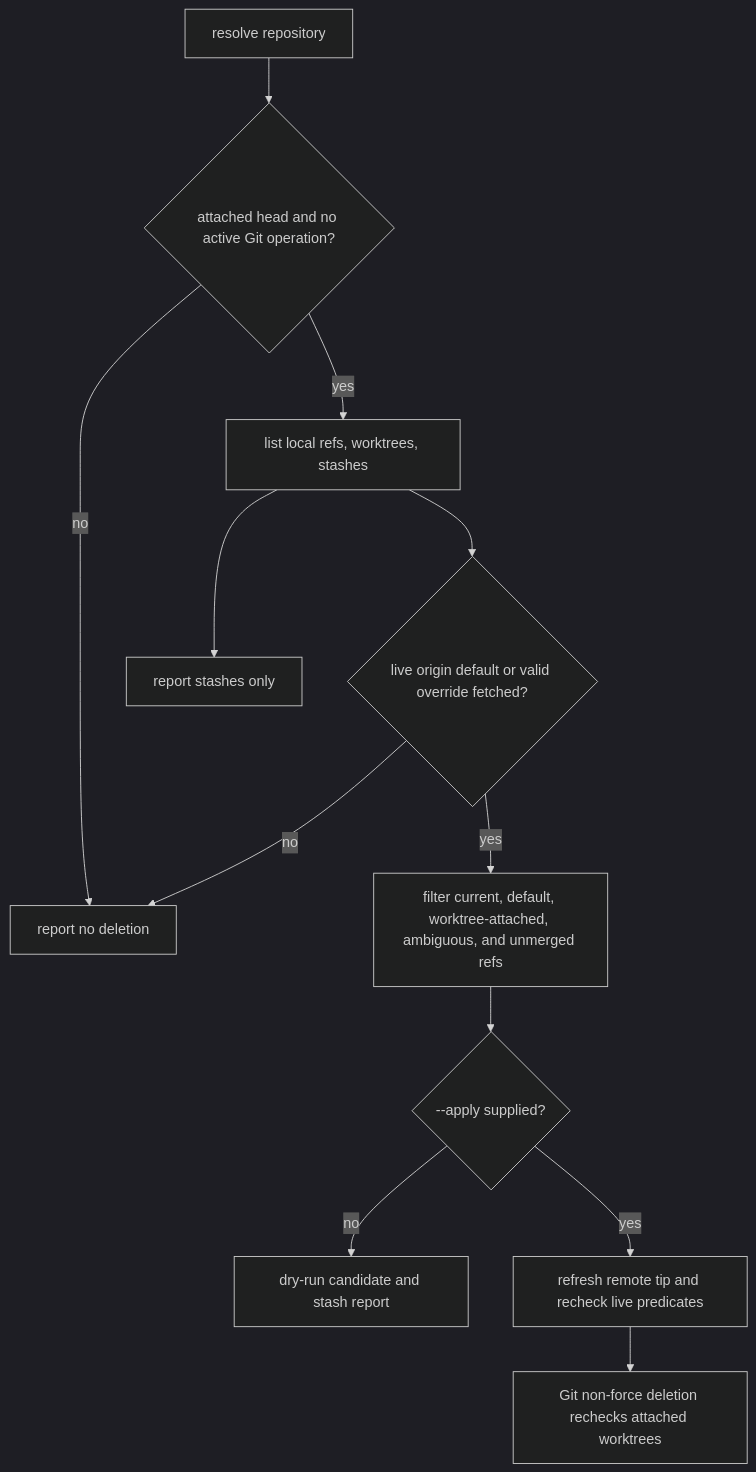
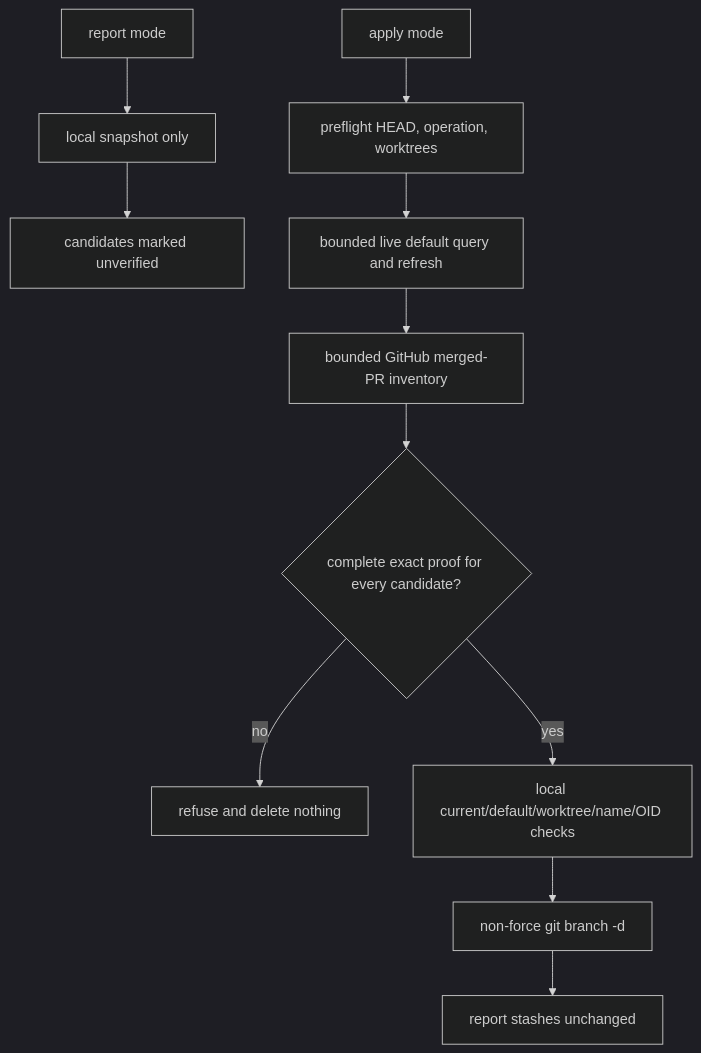
One commit to hyperlapse122/dotfiles changed the second of 2 diagrams in docs/plans/feedback-sweep-plan-2026-08-14.md. Above: the diagram before and after it, drawn with Mermaid (dark theme). The commit also changed other lines of this file and 2 other files, not shown here.

````diff
--- a/docs/plans/feedback-sweep-plan-2026-08-14.md
+++ b/docs/plans/feedback-sweep-plan-2026-08-14.md
@@ -164,14 +145,13 @@
 ```mermaid
 flowchart TB
-  A[resolve repository] --> S{attached head and no active Git operation?}
-  S -->|no| D[report no deletion]
-  S -->|yes| B[list local refs, worktrees, stashes]
-  B --> C{live origin default or valid override fetched?}
-  C -->|no| D
-  C -->|yes| E[filter current, default, worktree-attached, ambiguous, and unmerged refs]
-  E --> F{--apply supplied?}
-  F -->|no| G[dry-run candidate and stash report]
-  F -->|yes| H[refresh remote tip and recheck live predicates]
-  H --> I[Git non-force deletion rechecks attached worktrees]
-  B --> J[report stashes only]
+  R[report mode] --> O[local snapshot only]
+  O --> N[candidates marked unverified]
+  A[apply mode] --> P[preflight HEAD, operation, worktrees]
+  P --> D[bounded live default query and refresh]
+  D --> G[bounded GitHub merged-PR inventory]
+  G --> Q{complete exact proof for every candidate?}
+  Q -->|no| X[refuse and delete nothing]
+  Q -->|yes| C[local current/default/worktree/name/OID checks]
+  C --> B[non-force git branch -d]
+  B --> S[report stashes unchanged]
 ```
````
